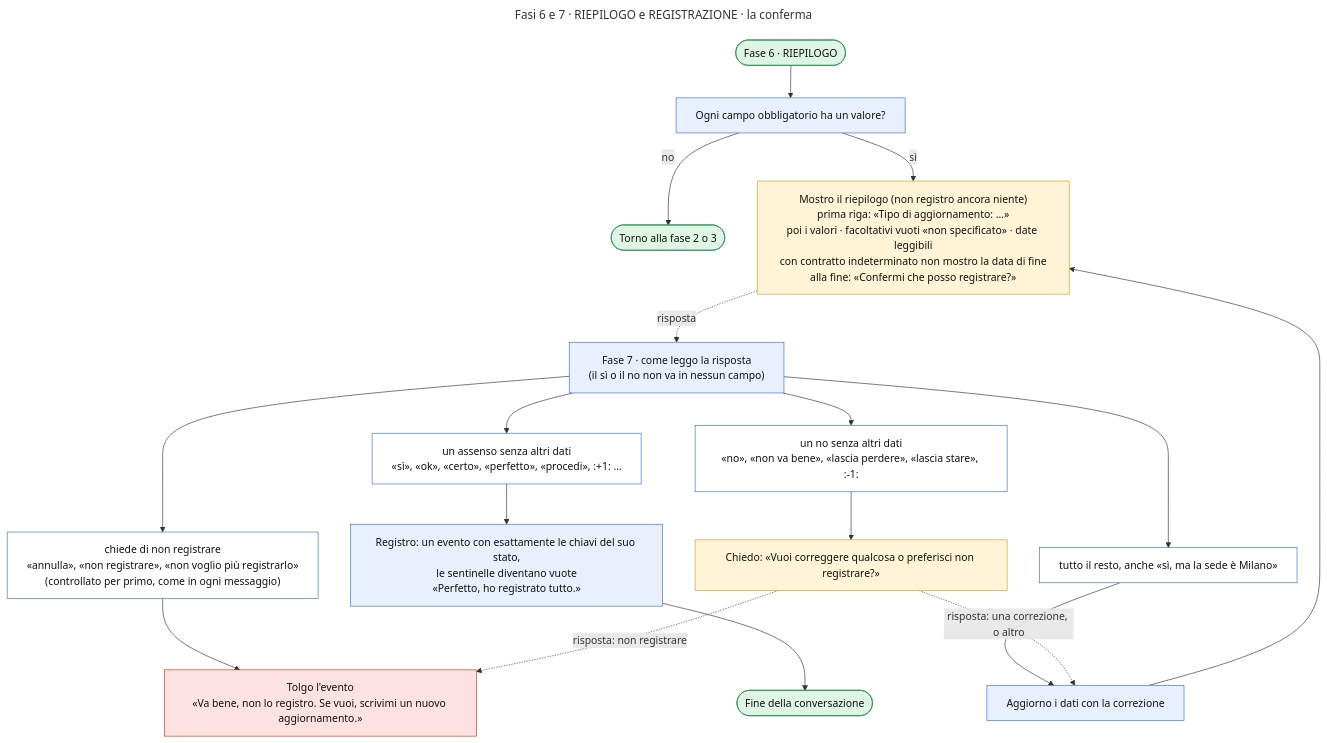
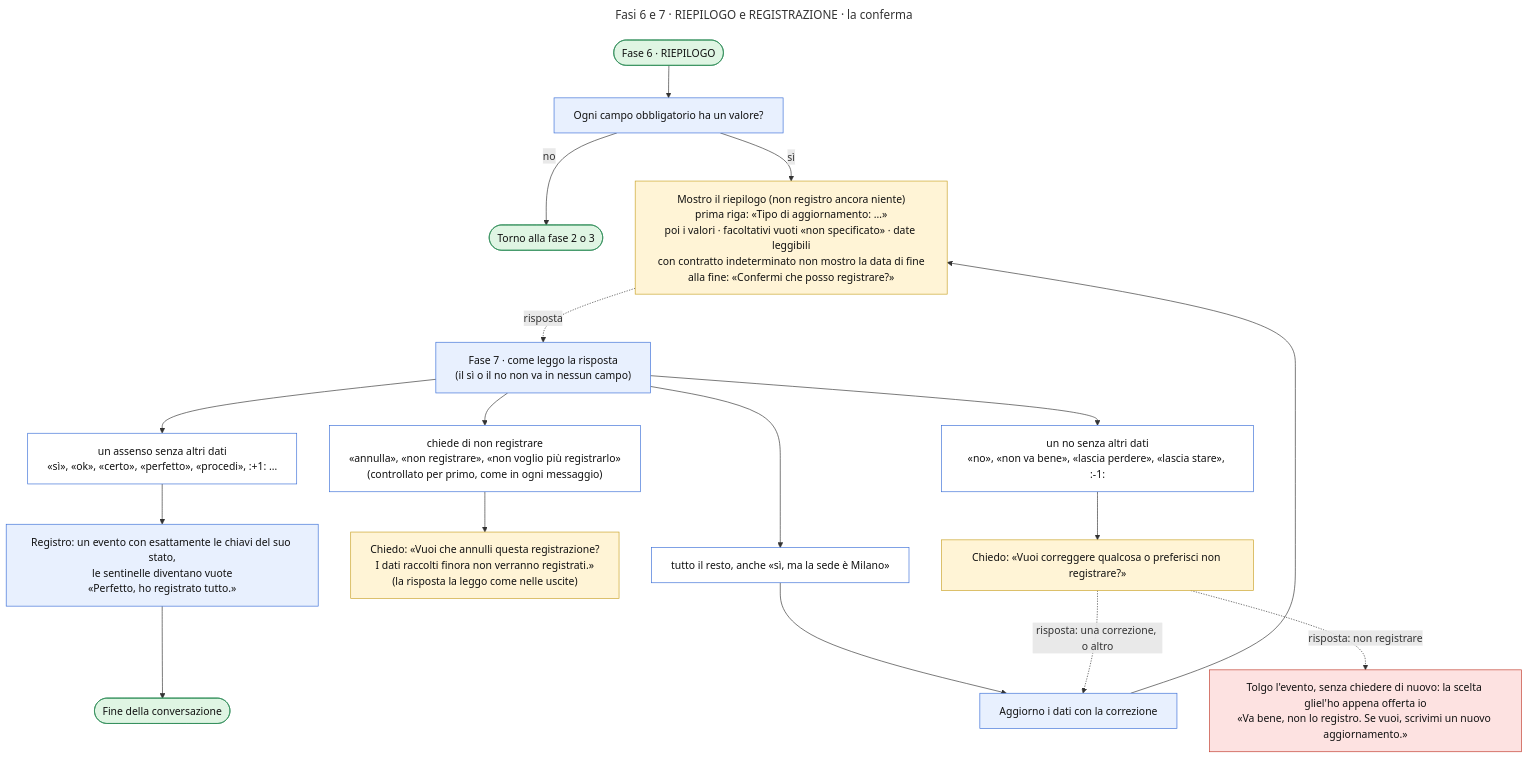
Before and after one commit to refresh-academy-staff/Progetto_ping_studenti: the diagram in Flowcharts/AI_Bot_Flowchart_20260926_fasi6-7.mmd, drawn with Mermaid. The commit also changed 8 other files, not shown here.

```diff
--- a/Flowcharts/AI_Bot_Flowchart_20260926_fasi6-7.mmd
+++ b/Flowcharts/AI_Bot_Flowchart_20260926_fasi6-7.mmd
@@ -1,56 +1,58 @@
 ---
 title: Fasi 6 e 7 · RIEPILOGO e REGISTRAZIONE · la conferma
 config:
   flowchart:
     wrappingWidth: 420
 ---
 %% Sotto-diagramma delle fasi 6 e 7 (mappa d'insieme: AI_Bot_Flowchart_20260926.mmd).
-%% Regole da AI_Bot_Instructions_Code.js: RIEPILOGO, REGISTRAZIONE, interpreta_conferma, <turno> passo 1 (uscite).
+%% Regole da AI_Bot_Instructions_20260926.js: RIEPILOGO, REGISTRAZIONE, interpreta_conferma, <turno> passo 1 (uscite),
+%% più una decisione successiva: prima di annullare, il bot chiede conferma (solo nel prompt 20260928).
 %% Le frecce tratteggiate sono il messaggio successivo dello studente.
 %% Colori: azzurro = controlli · bianco = casi · giallo = domande · rosso = non si registra · verde = esiti.
 flowchart TD
     IN(["Fase 6 · RIEPILOGO"])
     OB["Ogni campo obbligatorio ha un valore?"]
     BACK(["Torno alla fase 2 o 3"])
     RIE["Mostro il riepilogo (non registro ancora niente)<br/>prima riga: «Tipo di aggiornamento: …»<br/>poi i valori · facoltativi vuoti «non specificato» · date leggibili<br/>con contratto indeterminato non mostro la data di fine<br/>alla fine: «Confermi che posso registrare?»"]
 
     R7["Fase 7 · come leggo la risposta<br/>(il sì o il no non va in nessun campo)"]
     AN["chiede di non registrare<br/>«annulla», «non registrare», «non voglio più registrarlo»<br/>(controllato per primo, come in ogni messaggio)"]
     AF["un assenso senza altri dati<br/>«sì», «ok», «certo», «perfetto», «procedi», :+1: …"]
     DI["un no senza altri dati<br/>«no», «non va bene», «lascia perdere», «lascia stare», :-1:"]
     CO["tutto il resto, anche «sì, ma la sede è Milano»"]
 
-    XAN["Tolgo l'evento<br/>«Va bene, non lo registro. Se vuoi, scrivimi un nuovo aggiornamento.»"]
+    CONFQ["Chiedo: «Vuoi che annulli questa registrazione?<br/>I dati raccolti finora non verranno registrati.»<br/>(la risposta la leggo come nelle uscite)"]
+    XAN["Tolgo l'evento, senza chiedere di nuovo: la scelta gliel'ho appena offerta io<br/>«Va bene, non lo registro. Se vuoi, scrivimi un nuovo aggiornamento.»"]
     REG["Registro: un evento con esattamente le chiavi del suo stato,<br/>le sentinelle diventano vuote<br/>«Perfetto, ho registrato tutto.»"]
     FINE(["Fine della conversazione"])
     DDI["Chiedo: «Vuoi correggere qualcosa o preferisci non registrare?»"]
     DCO["Aggiorno i dati con la correzione"]
 
     IN --> OB
     OB -->|no| BACK
     OB -->|sì| RIE
     RIE -.->|risposta| R7
     R7 --> AN
     R7 --> AF
     R7 --> DI
     R7 --> CO
-    AN --> XAN
+    AN --> CONFQ
     AF --> REG
     REG --> FINE
     DI --> DDI
     CO --> DCO
     DCO --> RIE
     DDI -.->|risposta: una correzione, o altro| DCO
     DDI -.->|risposta: non registrare| XAN
 
     classDef fase fill:#e8f0fe,stroke:#3b6fd8,color:#111
     classDef caso fill:#ffffff,stroke:#3b6fd8,color:#111
     classDef domanda fill:#fff4d6,stroke:#c9a227,color:#111
     classDef uscita fill:#fde2e1,stroke:#c0392b,color:#111
     classDef estremo fill:#dff5e3,stroke:#2e8b57,color:#111
     class OB,R7 fase
     class AN,AF,DI,CO caso
-    class RIE,DDI domanda
+    class RIE,DDI,CONFQ domanda
     class XAN uscita
     class REG,DCO fase
     class IN,BACK,FINE estremo
```
